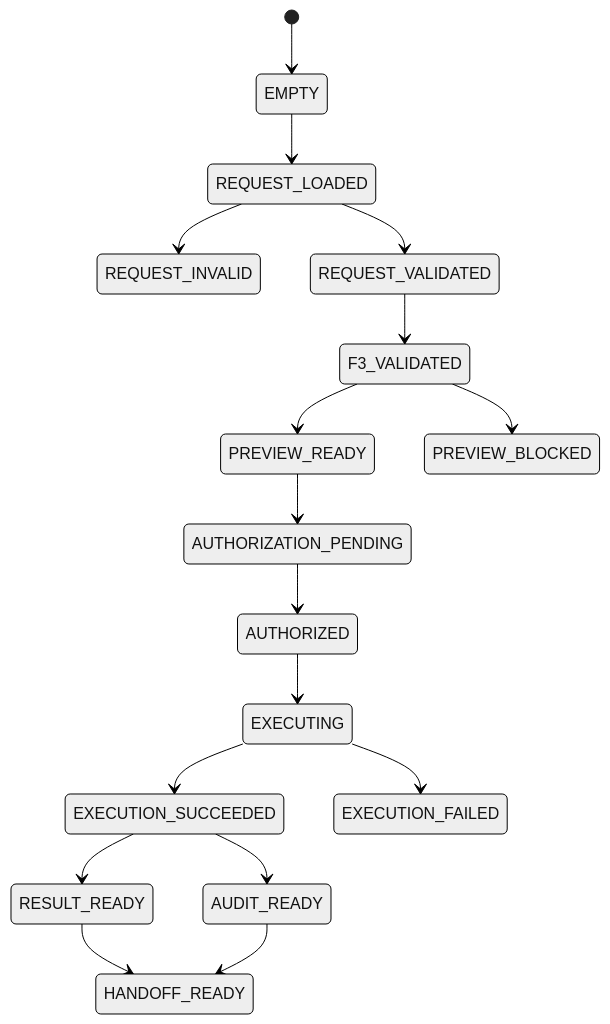
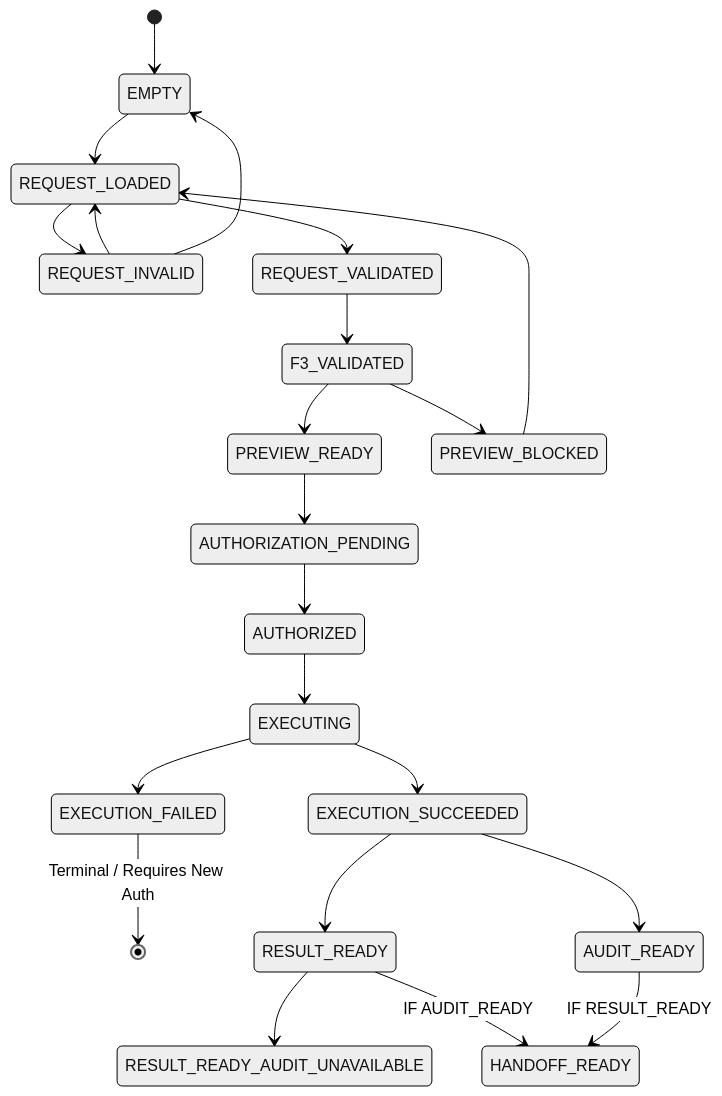
The second of 2 diagrams in docs/reviews/M8R_06_00_UNIFIED_OPERATOR_WORKBENCH_PREFLIGHT.md (SmartyJohnway/tw-market-live-data-intelligence), drawn with Mermaid (neutral theme) before and after one commit. The commit also changed other lines of this file, not shown here.

````diff
--- a/docs/reviews/M8R_06_00_UNIFIED_OPERATOR_WORKBENCH_PREFLIGHT.md
+++ b/docs/reviews/M8R_06_00_UNIFIED_OPERATOR_WORKBENCH_PREFLIGHT.md
@@ -91,19 +98,24 @@
 ```mermaid
 stateDiagram-v2
     [*] --> EMPTY
     EMPTY --> REQUEST_LOADED
     REQUEST_LOADED --> REQUEST_INVALID
+    REQUEST_INVALID --> REQUEST_LOADED
+    REQUEST_INVALID --> EMPTY
     REQUEST_LOADED --> REQUEST_VALIDATED
     REQUEST_VALIDATED --> F3_VALIDATED
     F3_VALIDATED --> PREVIEW_READY
     F3_VALIDATED --> PREVIEW_BLOCKED
+    PREVIEW_BLOCKED --> REQUEST_LOADED
     PREVIEW_READY --> AUTHORIZATION_PENDING
     AUTHORIZATION_PENDING --> AUTHORIZED
     AUTHORIZED --> EXECUTING
     EXECUTING --> EXECUTION_SUCCEEDED
     EXECUTING --> EXECUTION_FAILED
+    EXECUTION_FAILED --> [*] : Terminal / Requires New Auth
     EXECUTION_SUCCEEDED --> RESULT_READY
     EXECUTION_SUCCEEDED --> AUDIT_READY
-    RESULT_READY --> HANDOFF_READY
-    AUDIT_READY --> HANDOFF_READY
+    RESULT_READY --> RESULT_READY_AUDIT_UNAVAILABLE
+    RESULT_READY --> HANDOFF_READY : IF AUDIT_READY
+    AUDIT_READY --> HANDOFF_READY : IF RESULT_READY
 ```
````
